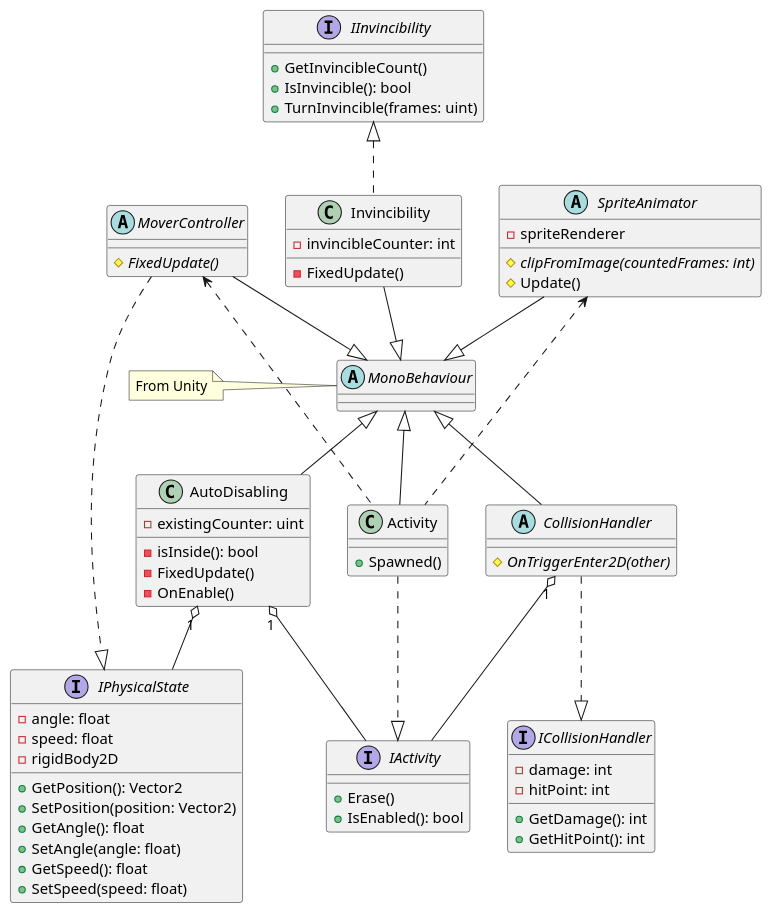
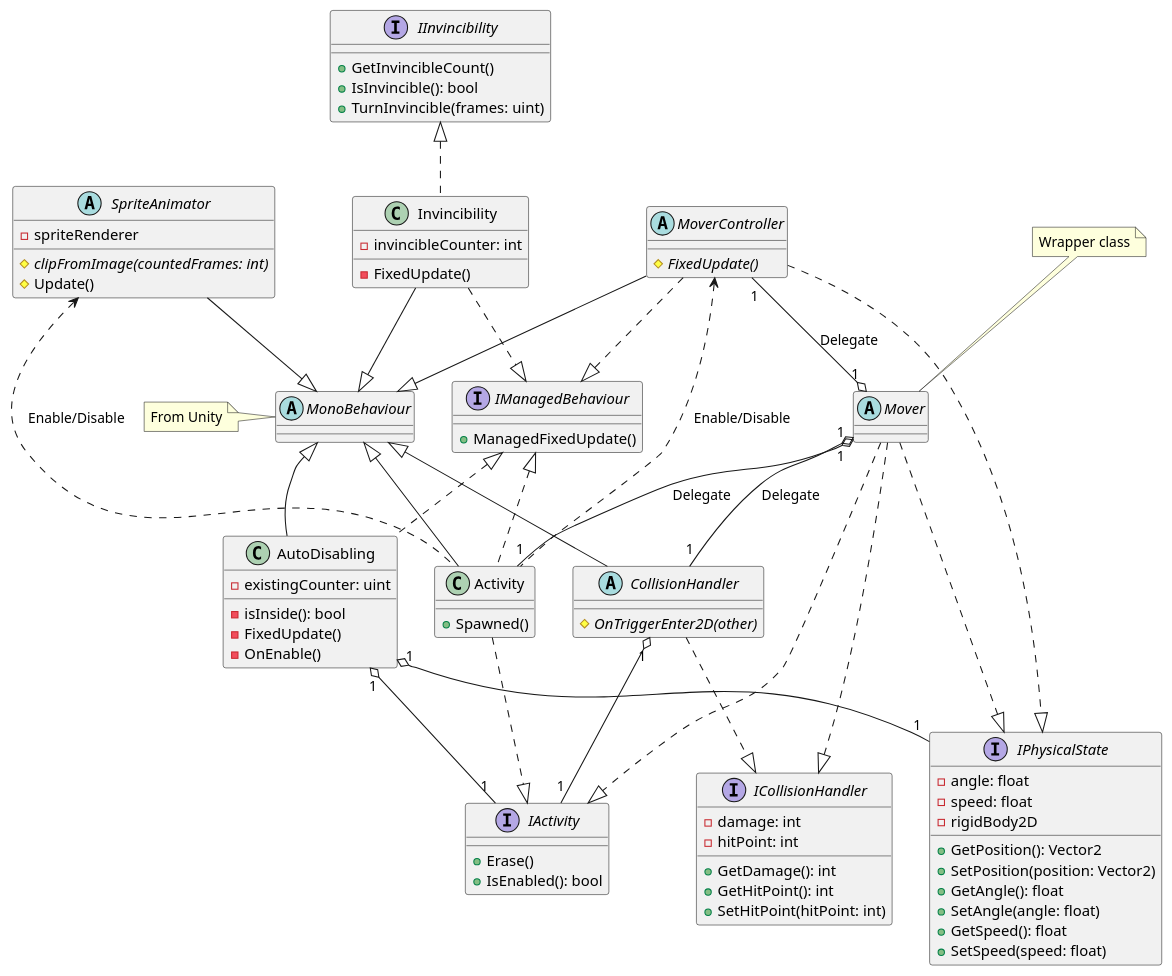
The diagram in docs/classes_for_attachment.pu (Wandao123/shmup_like_touhou), drawn with PlantUML before and after one commit. The commit also changed 3 other files, not shown here.

```diff
--- a/docs/classes_for_attachment.pu
+++ b/docs/classes_for_attachment.pu
@@ -1,87 +1,109 @@
-@startuml classes
+@startuml ClassesForAttachment
 abstract MonoBehaviour
 note left of MonoBehaviour
     From Unity
 end note
 
 interface IActivity {
     +Erase()
     +IsEnabled(): bool
 }
 
 class Activity {
     +Spawned()
 }
 
 MonoBehaviour <|-- Activity
 Activity ..|> IActivity
 
 interface IPhysicalState {
     -angle: float
     -speed: float
     -rigidBody2D
     +GetPosition(): Vector2
     +SetPosition(position: Vector2)
     +GetAngle(): float
     +SetAngle(angle: float)
     +GetSpeed(): float
     +SetSpeed(speed: float)
 }
 
 class AutoDisabling {
     -existingCounter: uint
     -isInside(): bool
     -FixedUpdate()
     -OnEnable()
 }
 
 MonoBehaviour <|-- AutoDisabling
-AutoDisabling "1" o-- IActivity
-AutoDisabling "1" o-- IPhysicalState
+AutoDisabling "1" o-- "1" IActivity
+AutoDisabling "1" o-- "1" IPhysicalState
 
 interface IInvincibility {
     +GetInvincibleCount()
     +IsInvincible(): bool
     +TurnInvincible(frames: uint)
 }
 
 class Invincibility {
     -invincibleCounter: int
     -FixedUpdate()
 }
 
 IInvincibility <|.. Invincibility
 Invincibility --|> MonoBehaviour
 
 interface ICollisionHandler {
     -damage: int
     -hitPoint: int
     +GetDamage(): int
     +GetHitPoint(): int
+    +SetHitPoint(hitPoint: int)
 }
 
 abstract CollisionHandler {
     #{abstract} OnTriggerEnter2D(other)
 }
 
 MonoBehaviour <|-- CollisionHandler
 CollisionHandler ..|> ICollisionHandler
-CollisionHandler "1" o-- IActivity
+CollisionHandler "1" o-- "1" IActivity
 
 abstract MoverController {
     #{abstract} FixedUpdate()
 }
 
 MoverController --|> MonoBehaviour
 MoverController ..|> IPhysicalState
-MoverController <.. Activity
+MoverController <.. Activity : Enable/Disable
 
 abstract SpriteAnimator {
     -spriteRenderer
     #{abstract} clipFromImage(countedFrames: int)
     #Update()
 }
 
 SpriteAnimator --|> MonoBehaviour
-SpriteAnimator <.. Activity
+SpriteAnimator <.. Activity : Enable/Disable
+
+interface IManagedBehaviour {
+    +ManagedFixedUpdate()
+}
+
+IManagedBehaviour <|.. Activity
+IManagedBehaviour <|.. AutoDisabling
+MoverController ..|> IManagedBehaviour
+Invincibility ..|> IManagedBehaviour
+
+abstract Mover
+note top of Mover
+    Wrapper class
+end note
+
+MoverController "1" --o "1" Mover : Delegate
+Mover "1" o-- "1" Activity : Delegate
+Mover "1" o-- "1" CollisionHandler : Delegate
+Mover ..|> IActivity
+Mover ..|> ICollisionHandler
+Mover ..|> IPhysicalState
 @enduml
```
